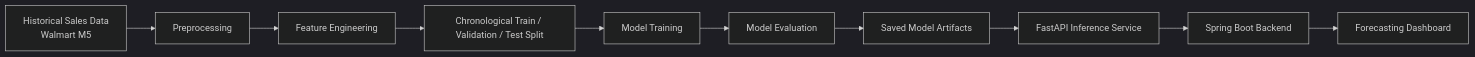
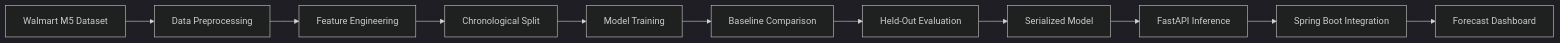
The second of 2 diagrams in README.md (nisatsama/ShelfSense), drawn with Mermaid (dark theme) before and after one commit. The commit also changed other lines of this file, not shown here.

````diff
--- a/README.md
+++ b/README.md
@@ -102,12 +293,13 @@
 ```mermaid
 flowchart LR
-    A["Historical Sales Data<br/>Walmart M5"] --> B["Preprocessing"]
+    A["Walmart M5 Dataset"] --> B["Data Preprocessing"]
     B --> C["Feature Engineering"]
-    C --> D["Chronological Train / Validation / Test Split"]
+    C --> D["Chronological Split"]
     D --> E["Model Training"]
-    E --> F["Model Evaluation"]
-    F --> G["Saved Model Artifacts"]
-    G --> H["FastAPI Inference Service"]
-    H --> I["Spring Boot Backend"]
-    I --> J["Forecasting Dashboard"]
+    E --> F["Baseline Comparison"]
+    F --> G["Held-Out Evaluation"]
+    G --> H["Serialized Model"]
+    H --> I["FastAPI Inference"]
+    I --> J["Spring Boot Integration"]
+    J --> K["Forecast Dashboard"]
 ```
````
